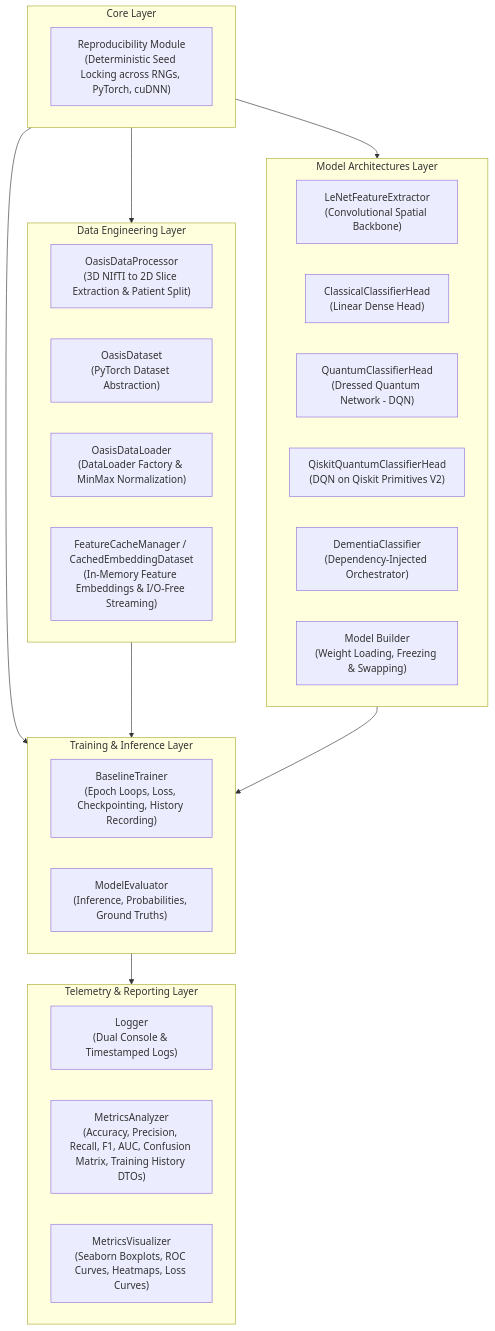
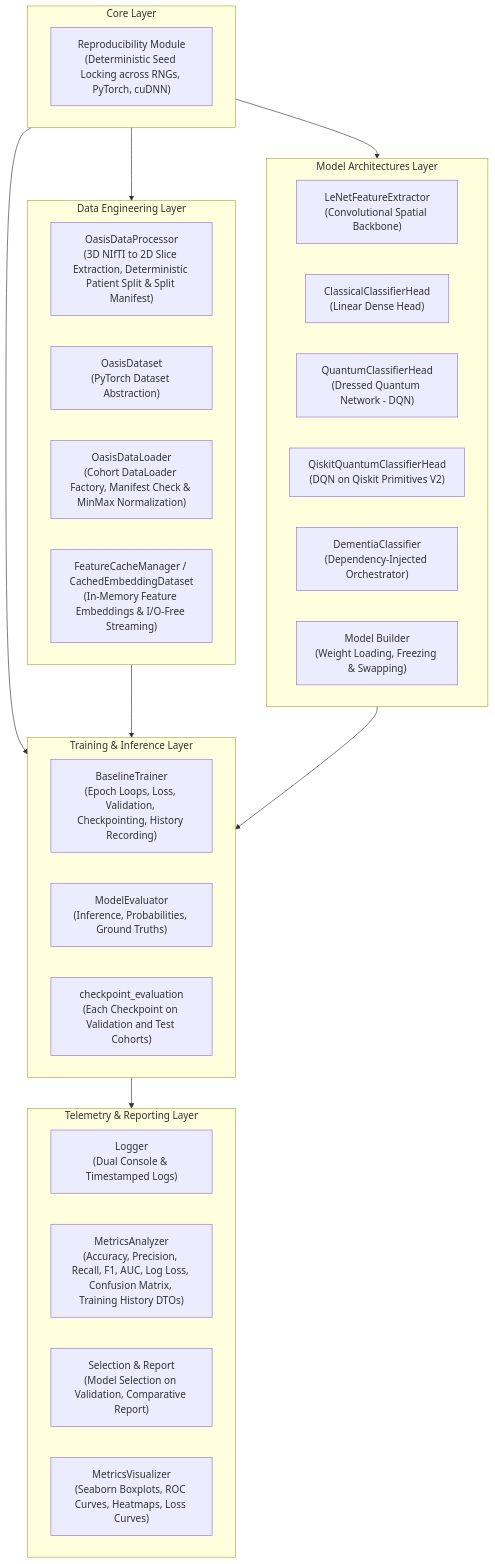
One commit to IC-QML-QTL-Dementia-Detection/dementia-boost changed the first of 6 diagrams in docs/architecture.md. Above: the diagram before and after it, drawn with Mermaid. The commit also changed other lines of this file and 1 other file, not shown here.

Commit message:
docs: describe the three-cohort split, the manifest and selection on validation

````diff
--- a/docs/architecture.md
+++ b/docs/architecture.md
@@ -11,40 +11,42 @@
 ```mermaid
 flowchart TD
     subgraph Core ["Core Layer"]
         REP["Reproducibility Module<br/>(Deterministic Seed Locking across RNGs, PyTorch, cuDNN)"]
     end
 
     subgraph Data ["Data Engineering Layer"]
-        ETL_NIFTI["OasisDataProcessor<br/>(3D NIfTI to 2D Slice Extraction & Patient Split)"]
+        ETL_NIFTI["OasisDataProcessor<br/>(3D NIfTI to 2D Slice Extraction, Deterministic Patient Split & Split Manifest)"]
         DS["OasisDataset<br/>(PyTorch Dataset Abstraction)"]
-        DL["OasisDataLoader<br/>(DataLoader Factory & MinMax Normalization)"]
+        DL["OasisDataLoader<br/>(Cohort DataLoader Factory, Manifest Check & MinMax Normalization)"]
         CACHE["FeatureCacheManager / CachedEmbeddingDataset<br/>(In-Memory Feature Embeddings & I/O-Free Streaming)"]
     end
 
     subgraph Models ["Model Architectures Layer"]
         FE["LeNetFeatureExtractor<br/>(Convolutional Spatial Backbone)"]
         CH["ClassicalClassifierHead<br/>(Linear Dense Head)"]
         QH["QuantumClassifierHead<br/>(Dressed Quantum Network - DQN)"]
         QKH["QiskitQuantumClassifierHead<br/>(DQN on Qiskit Primitives V2)"]
         DC["DementiaClassifier<br/>(Dependency-Injected Orchestrator)"]
         BUILDER["Model Builder<br/>(Weight Loading, Freezing & Swapping)"]
     end
 
     subgraph Training ["Training & Inference Layer"]
-        TR["BaselineTrainer<br/>(Epoch Loops, Loss, Checkpointing, History Recording)"]
+        TR["BaselineTrainer<br/>(Epoch Loops, Loss, Validation, Checkpointing, History Recording)"]
         EV["ModelEvaluator<br/>(Inference, Probabilities, Ground Truths)"]
+        CEV["checkpoint_evaluation<br/>(Each Checkpoint on Validation and Test Cohorts)"]
     end
 
     subgraph Telemetry ["Telemetry & Reporting Layer"]
         LOG["Logger<br/>(Dual Console & Timestamped Logs)"]
-        MET["MetricsAnalyzer<br/>(Accuracy, Precision, Recall, F1, AUC, Confusion Matrix, Training History DTOs)"]
+        MET["MetricsAnalyzer<br/>(Accuracy, Precision, Recall, F1, AUC, Log Loss, Confusion Matrix, Training History DTOs)"]
+        SEL["Selection & Report<br/>(Model Selection on Validation, Comparative Report)"]
         VIS["MetricsVisualizer<br/>(Seaborn Boxplots, ROC Curves, Heatmaps, Loss Curves)"]
     end
 
     Core --> Data
     Core --> Models
     Core --> Training
     Data --> Training
     Models --> Training
     Training --> Telemetry
 ```
````
